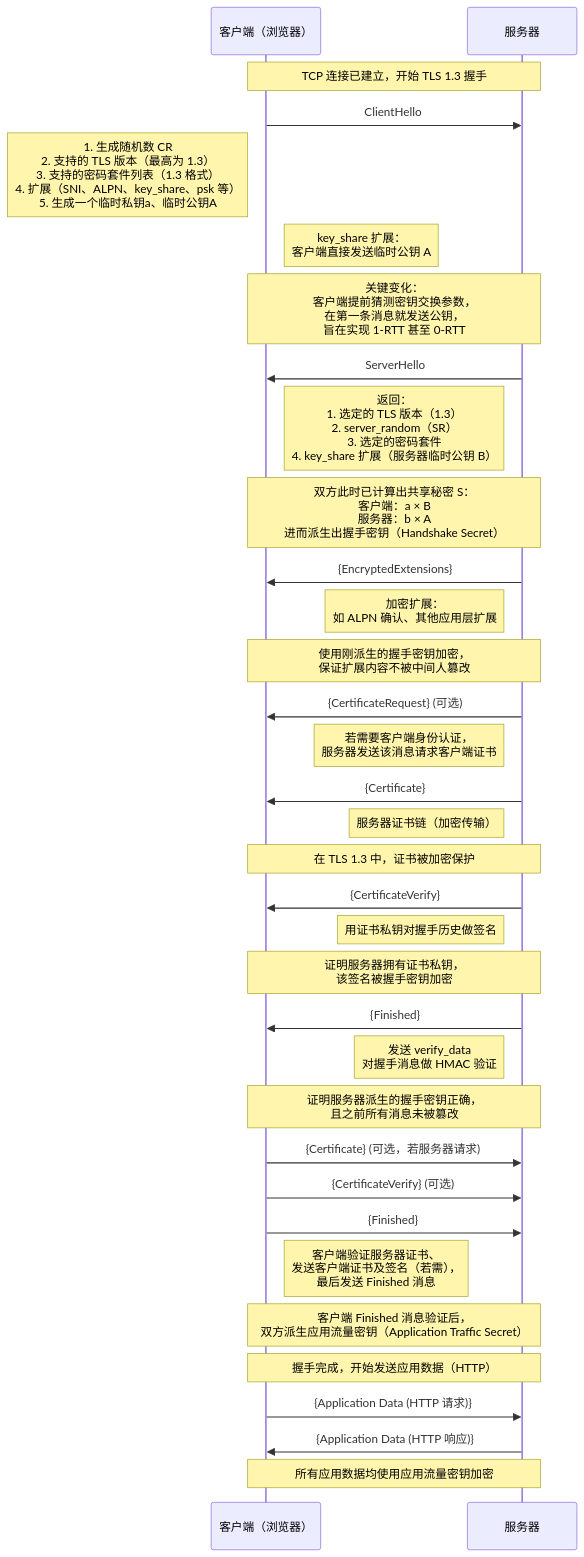
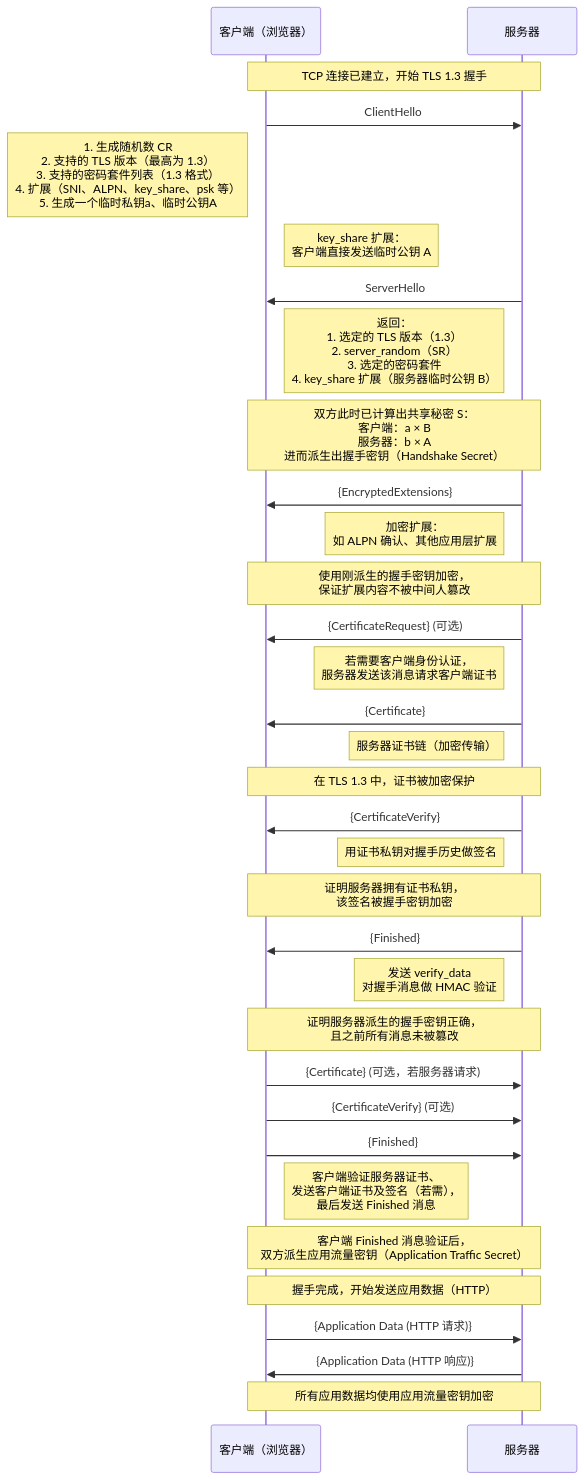
Before and after one commit to HY-10-8/iodraw-files: the diagram in all/未命名-3.md, drawn with Mermaid.

Commit message:
2026-03-30 17:24:01 update

````diff
--- a/all/未命名-3.md
+++ b/all/未命名-3.md
@@ -1,47 +1,46 @@
 ```mermaid
 sequenceDiagram
     participant C as 客户端（浏览器）
     participant S as 服务器
 
     Note over C,S: TCP 连接已建立，开始 TLS 1.3 握手
 
     C->>S: ClientHello
     Note left of C: 1. 生成随机数 CR<br/> 2. 支持的 TLS 版本（最高为 1.3）<br/> 3. 支持的密码套件列表（1.3 格式）<br/> 4. 扩展（SNI、ALPN、key_share、psk 等）<br/> 5. 生成一个临时私钥a、临时公钥A
     Note right of C: key_share 扩展：<br/> 客户端直接发送临时公钥 A
-    Note over C,S: 关键变化：<br/> 客户端提前猜测密钥交换参数，<br/> 在第一条消息就发送公钥，<br/> 旨在实现 1-RTT 甚至 0-RTT
 
     S->>C: ServerHello
     Note left of S: 返回：<br/> 1. 选定的 TLS 版本（1.3）<br/> 2. server_random（SR）<br/> 3. 选定的密码套件<br/> 4. key_share 扩展（服务器临时公钥 B）
     Note over C,S: 双方此时已计算出共享秘密 S：<br/> 客户端：a × B<br/> 服务器：b × A<br/> 进而派生出握手密钥（Handshake Secret）
 
     S->>C: {EncryptedExtensions}
     Note left of S: 加密扩展：<br/> 如 ALPN 确认、其他应用层扩展
     Note over C,S: 使用刚派生的握手密钥加密，<br/> 保证扩展内容不被中间人篡改
 
     S->>C: {CertificateRequest} (可选)
     Note left of S: 若需要客户端身份认证，<br/> 服务器发送该消息请求客户端证书
 
     S->>C: {Certificate}
     Note left of S: 服务器证书链（加密传输）
     Note over C,S: 在 TLS 1.3 中，证书被加密保护
 
     S->>C: {CertificateVerify}
     Note left of S: 用证书私钥对握手历史做签名
     Note over C,S: 证明服务器拥有证书私钥，<br/> 该签名被握手密钥加密
 
     S->>C: {Finished}
     Note left of S: 发送 verify_data<br/> 对握手消息做 HMAC 验证
     Note over C,S: 证明服务器派生的握手密钥正确，<br/> 且之前所有消息未被篡改
 
     C->>S: {Certificate} (可选，若服务器请求)
     C->>S: {CertificateVerify} (可选)
     C->>S: {Finished}
     Note right of C: 客户端验证服务器证书、<br/> 发送客户端证书及签名（若需），<br/> 最后发送 Finished 消息
     Note over C,S: 客户端 Finished 消息验证后，<br/> 双方派生应用流量密钥（Application Traffic Secret）
 
     Note over C,S: 握手完成，开始发送应用数据（HTTP）
 
     C->>S: {Application Data (HTTP 请求)}
     S->>C: {Application Data (HTTP 响应)}
     Note over C,S: 所有应用数据均使用应用流量密钥加密
 ```
````
